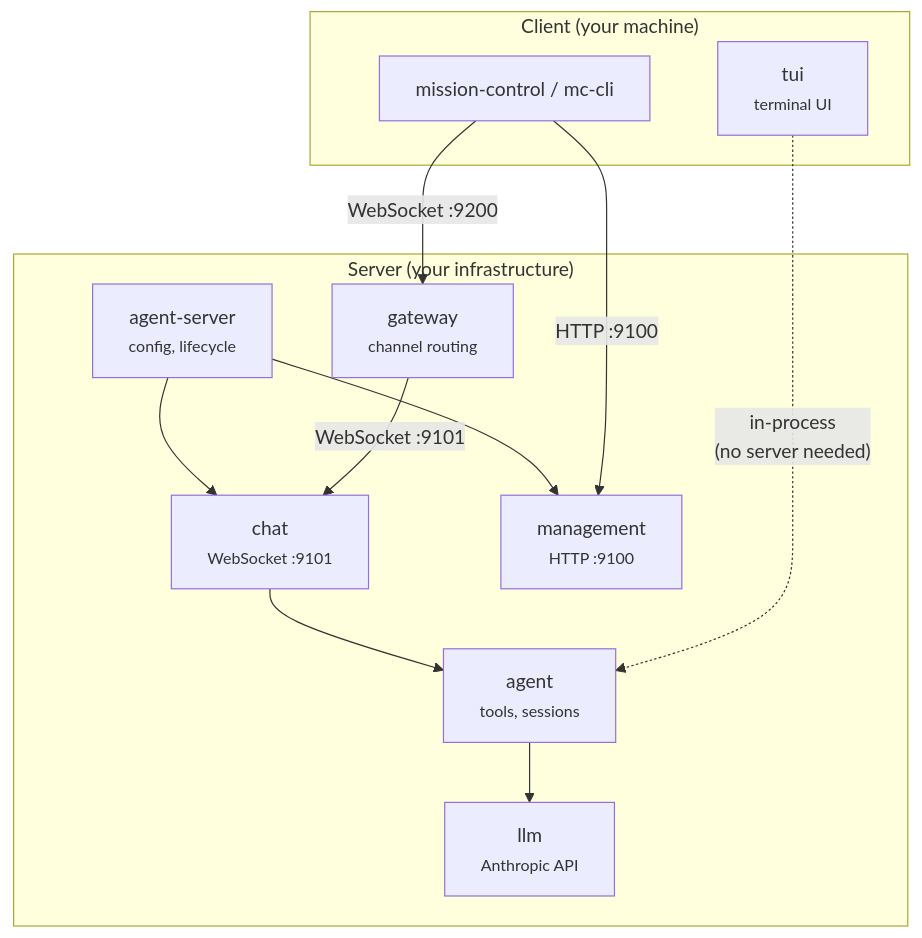
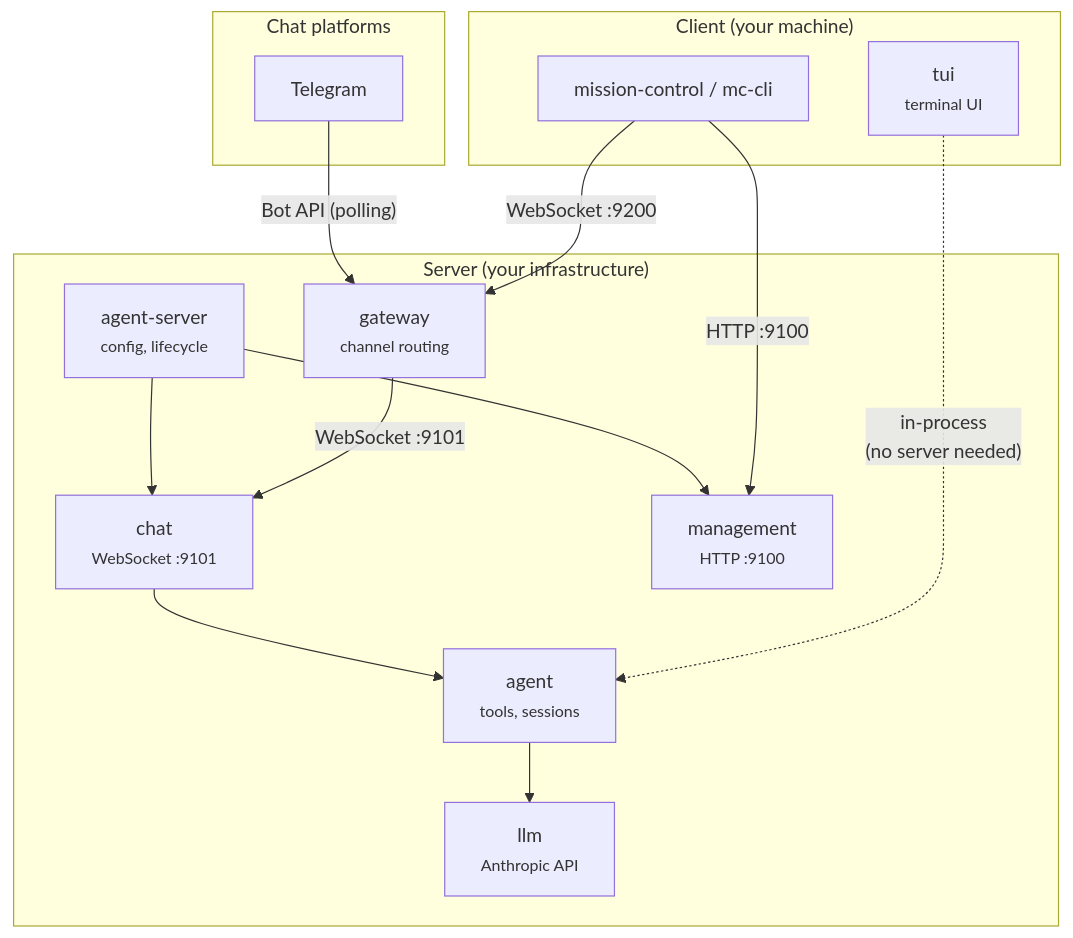
The diagram in README.md (volumegambit/Dash), drawn with Mermaid before and after one commit. The commit also changed other lines of this file and 1 other file, not shown here.

Commit message:
Add external chat platforms to architecture diagrams

````diff
--- a/README.md
+++ b/README.md
@@ -26,21 +26,26 @@
 ```mermaid
 graph TB
+  subgraph platforms ["Chat platforms"]
+    telegram["Telegram"]
+  end
+
   subgraph server ["Server (your infrastructure)"]
     agent-server["agent-server<br/><small>config, lifecycle</small>"]
     agent-server --> chat["chat<br/><small>WebSocket :9101</small>"]
     agent-server --> management["management<br/><small>HTTP :9100</small>"]
     chat --> agent["agent<br/><small>tools, sessions</small>"]
     agent --> llm["llm<br/><small>Anthropic API</small>"]
     gateway["gateway<br/><small>channel routing</small>"]
     gateway -- "WebSocket :9101" --> chat
   end
 
   subgraph client ["Client (your machine)"]
     tui["tui<br/><small>terminal UI</small>"]
     mc["mission-control / mc-cli"]
   end
 
+  telegram -- "Bot API (polling)" --> gateway
   tui -. "in-process<br/>(no server needed)" .-> agent
   mc -- "HTTP :9100" --> management
   mc -- "WebSocket :9200" --> gateway
 ```
````
